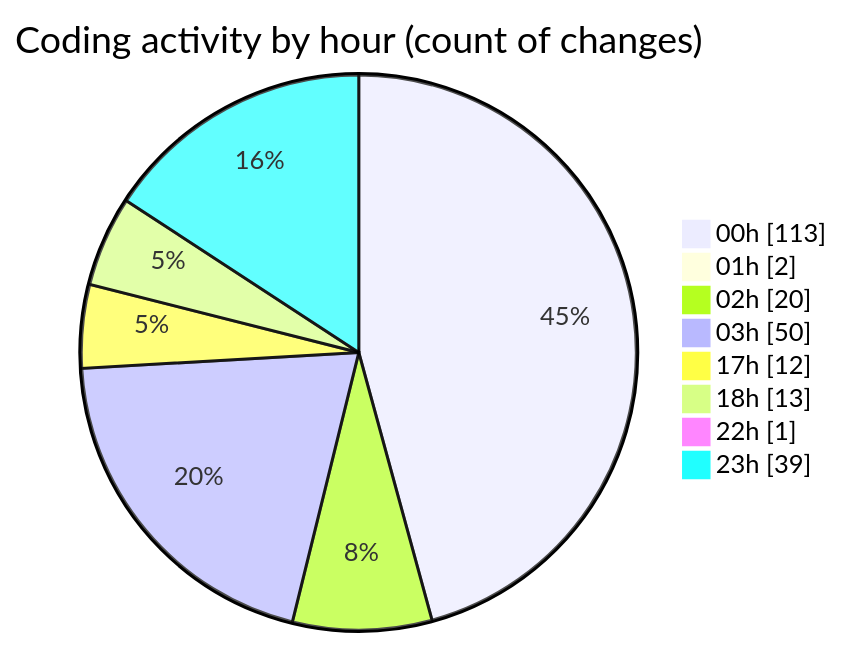
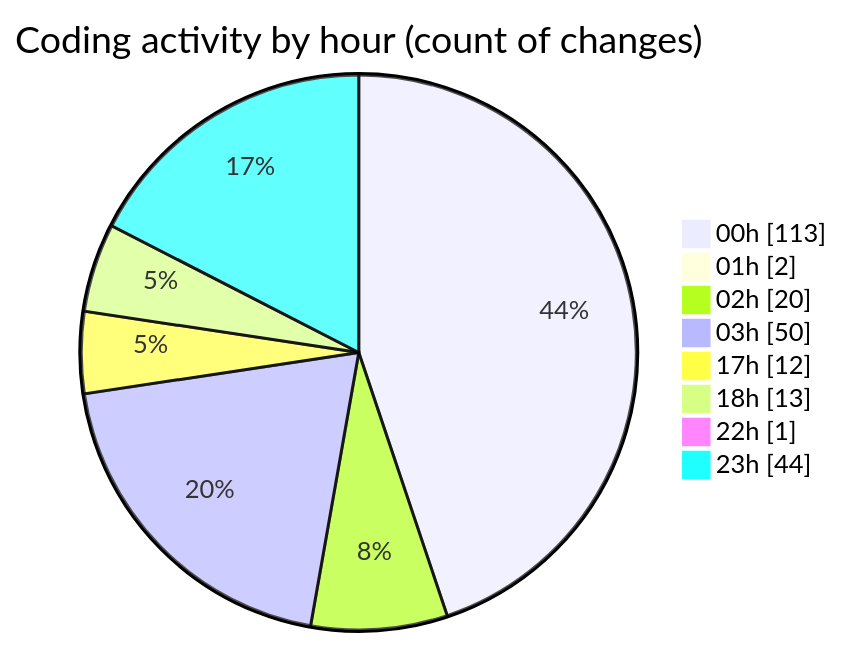
One commit to lephambinh05/code-tracking changed the second of 2 diagrams in 2025-08-06/napxuvn/README.md. Above: the diagram before and after it, drawn with Mermaid. The commit also changed other lines of this file and 1 other file, not shown here.

````diff
--- a/2025-08-06/napxuvn/README.md
+++ b/2025-08-06/napxuvn/README.md
@@ -137,12 +137,12 @@
 ```mermaid
 pie showData
 title Coding activity by hour (count of changes)
 "00h" : 113
 "01h" : 2
 "02h" : 20
 "03h" : 50
 "17h" : 12
 "18h" : 13
 "22h" : 1
-"23h" : 39
+"23h" : 44
 ```
````
